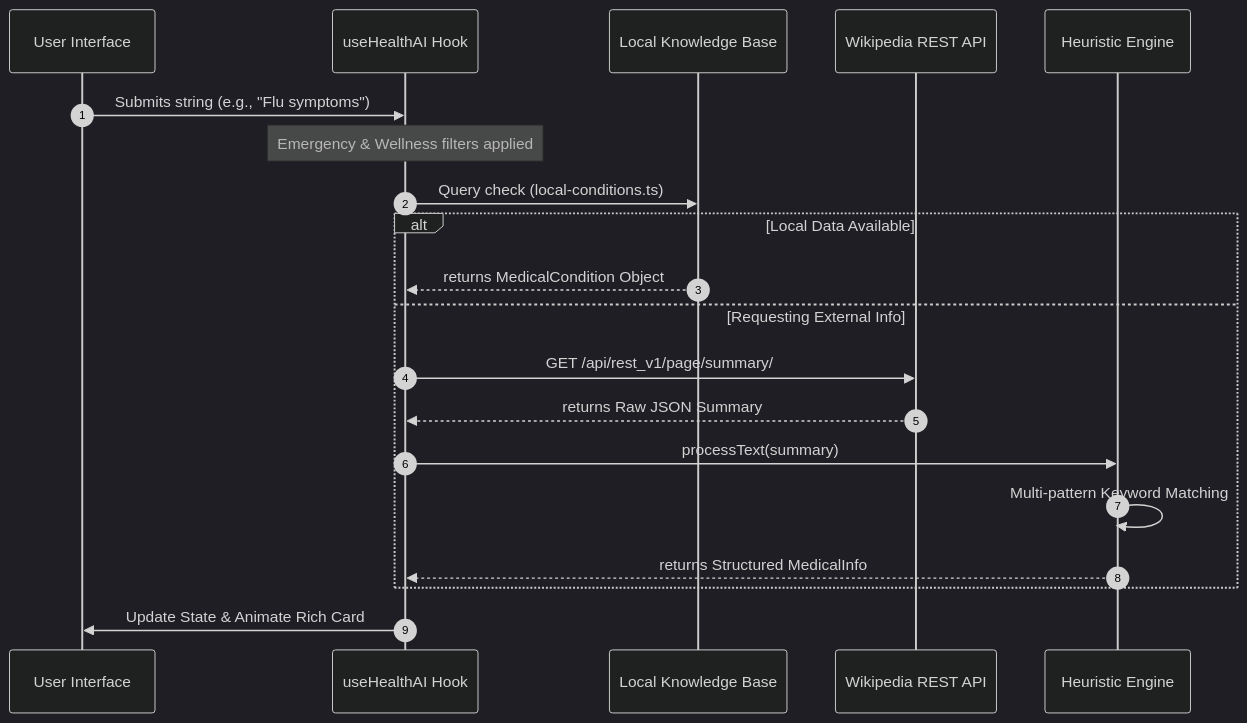
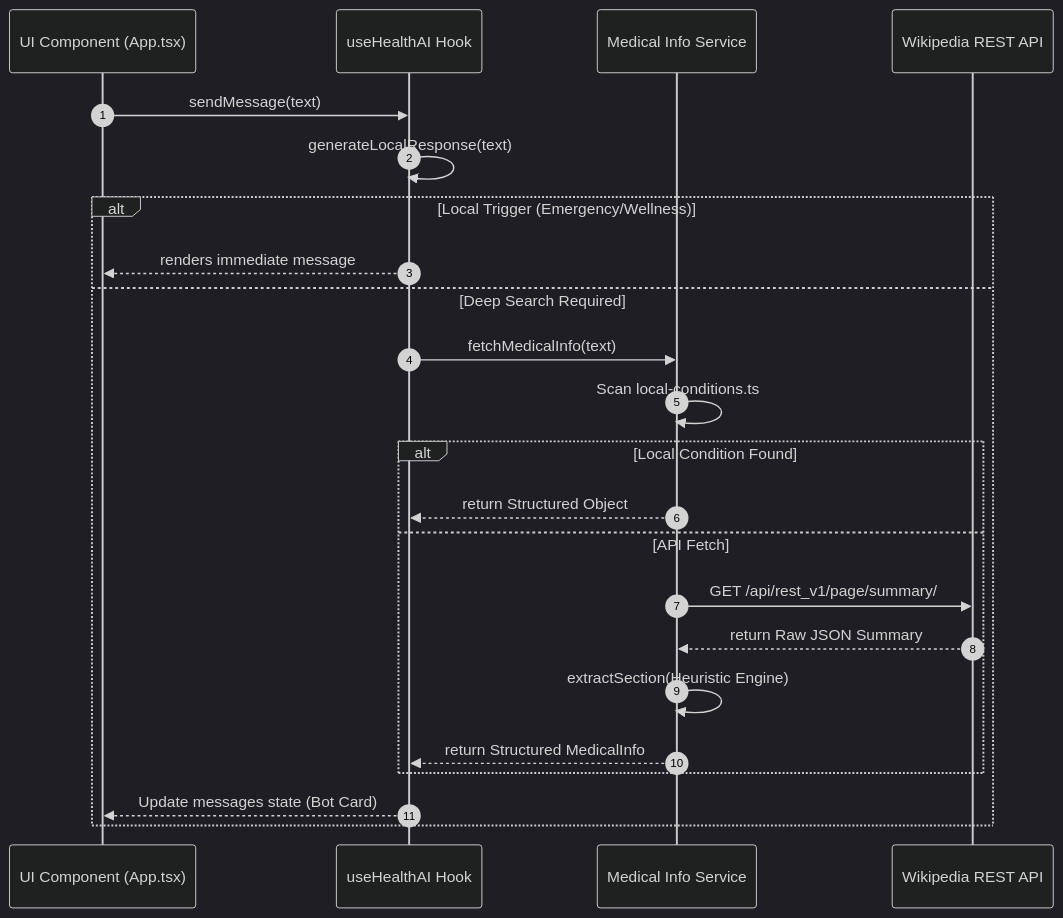
One commit to Uman67890/ai-health-chatbox2 changed the second of 2 diagrams in README.md. Above: the diagram before and after it, drawn with Mermaid (dark theme). The commit also changed other lines of this file and 1 other file, not shown here.

Commit message:
docs: adjust documentation and flowchart to strictly match project logic and roles

````diff
--- a/README.md
+++ b/README.md
@@ -57,23 +64,26 @@
 ```mermaid
 sequenceDiagram
     autonumber
-    participant U as User Interface
-    participant S as useHealthAI Hook
-    participant L as Local Knowledge Base
+    participant U as UI Component (App.tsx)
+    participant H as useHealthAI Hook
+    participant S as Medical Info Service
     participant W as Wikipedia REST API
-    participant H as Heuristic Engine
 
-    U->>S: Submits string (e.g., "Flu symptoms")
-    Note over S: Emergency & Wellness filters applied
-    S->>L: Query check (local-conditions.ts)
-    alt Local Data Available
-        L-->>S: returns MedicalCondition Object
-    else Requesting External Info
-        S->>W: GET /api/rest_v1/page/summary/
-        W-->>S: returns Raw JSON Summary
-        S->>H: processText(summary)
-        H->>H: Multi-pattern Keyword Matching
-        H-->>S: returns Structured MedicalInfo
+    U->>H: sendMessage(text)
+    H->>H: generateLocalResponse(text)
+    alt Local Trigger (Emergency/Wellness)
+        H-->>U: renders immediate message
+    else Deep Search Required
+        H->>S: fetchMedicalInfo(text)
+        S->>S: Scan local-conditions.ts
+        alt Local Condition Found
+            S-->>H: return Structured Object
+        else API Fetch
+            S->>W: GET /api/rest_v1/page/summary/
+            W-->>S: return Raw JSON Summary
+            S->>S: extractSection(Heuristic Engine)
+            S-->>H: return Structured MedicalInfo
+        end
+        H-->>U: Update messages state (Bot Card)
     end
-    S->>U: Update State & Animate Rich Card
 ```
````
